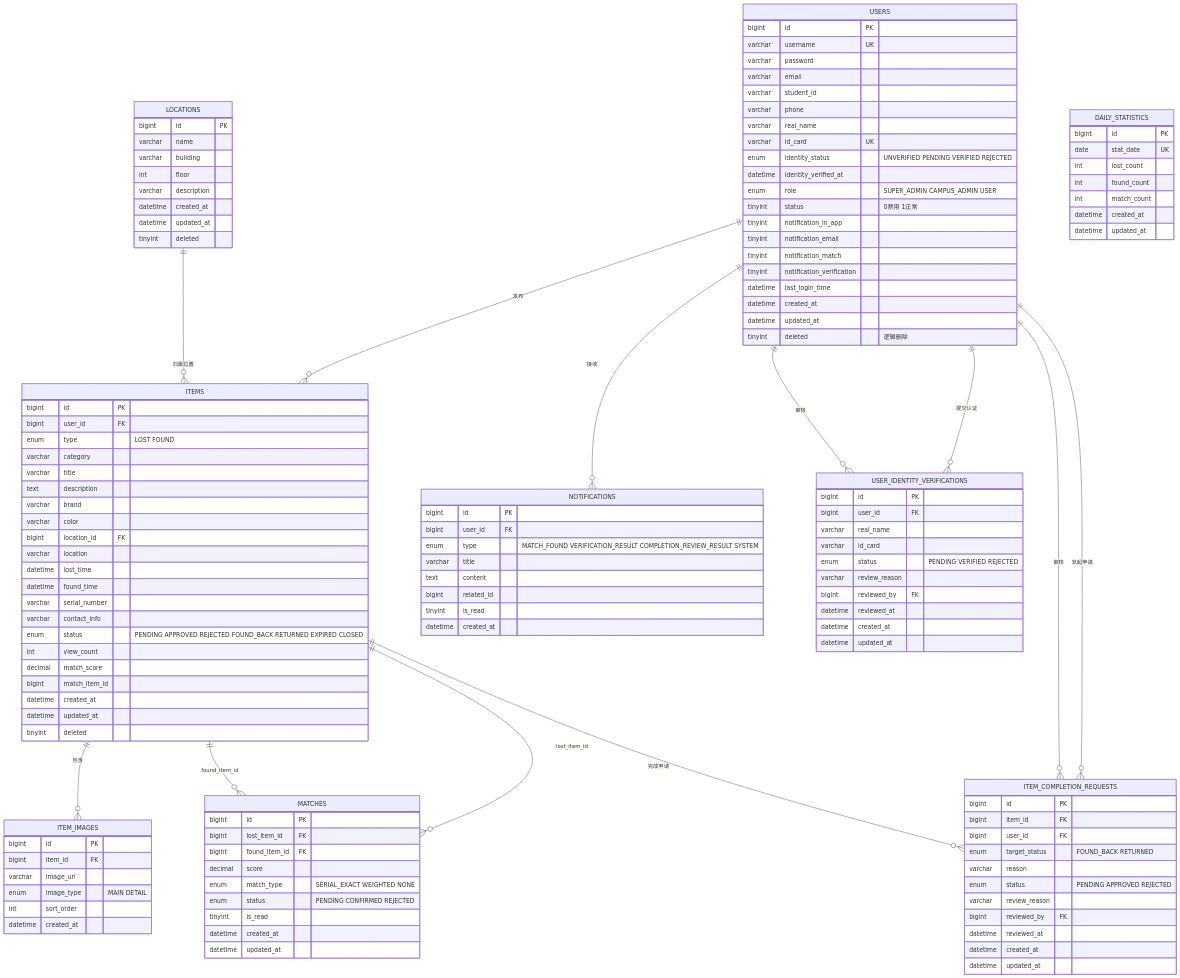
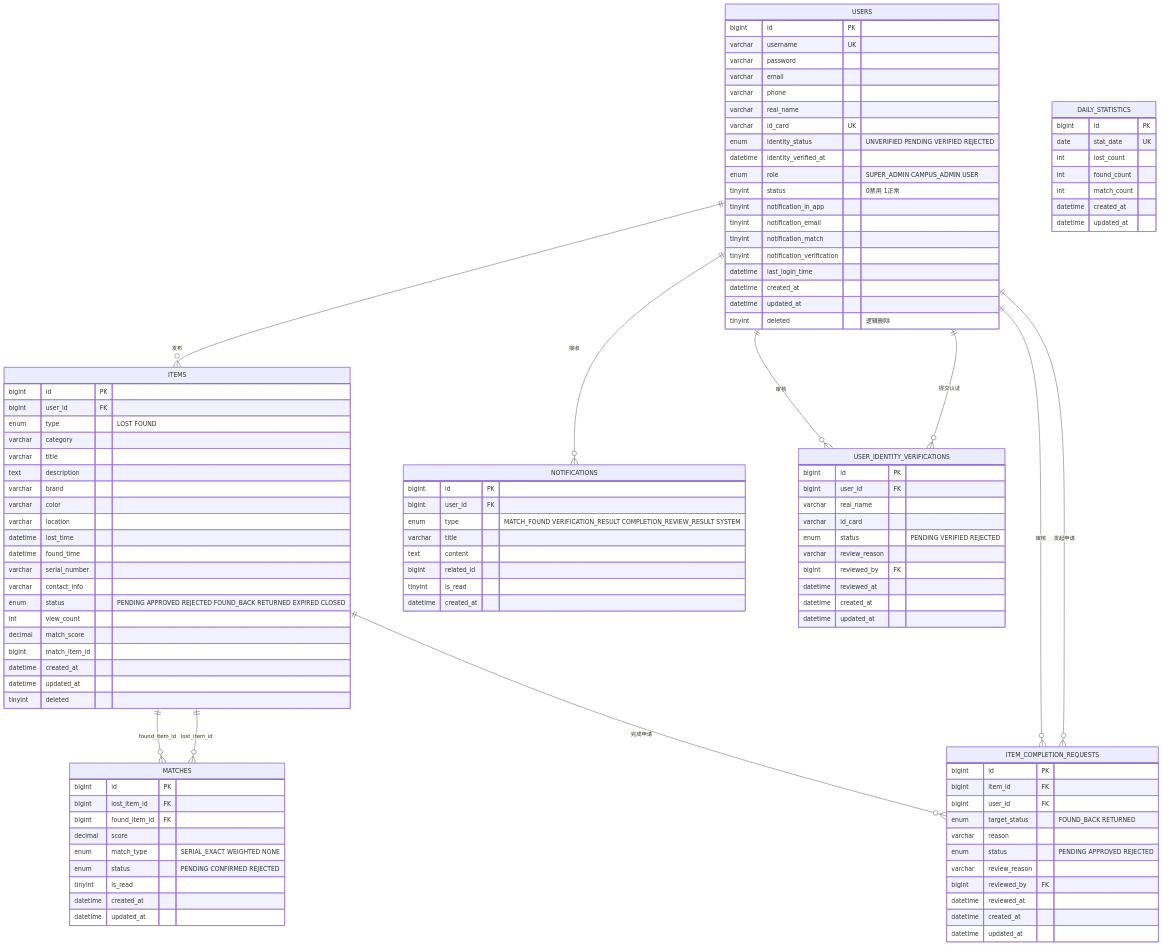
Diagram 19 of 30 in docs/项目图表.md (zwj-3193655211/campus-LostandFound), drawn with Mermaid before and after one commit. The commit also changed other lines of this file, not shown here.

Commit message:
docs: 修复项目图表与实际代码的差异

```diff
--- a/docs/项目图表.md
+++ b/docs/项目图表.md
@@ -925,8 +906,6 @@
     USERS ||--o{ ITEM_COMPLETION_REQUESTS : "发起申请"
     USERS ||--o{ USER_IDENTITY_VERIFICATIONS : "审核"
     USERS ||--o{ ITEM_COMPLETION_REQUESTS : "审核"
-    LOCATIONS ||--o{ ITEMS : "归属位置"
-    ITEMS ||--o{ ITEM_IMAGES : "包含"
     ITEMS ||--o{ MATCHES : "lost_item_id"
     ITEMS ||--o{ MATCHES : "found_item_id"
     ITEMS ||--o{ ITEM_COMPLETION_REQUESTS : "完成申请"
@@ -936,7 +915,6 @@
         varchar username UK
         varchar password
         varchar email
-        varchar student_id
         varchar phone
         varchar real_name
         varchar id_card UK
@@ -967,17 +945,6 @@
         datetime updated_at
     }
 
-    LOCATIONS {
-        bigint id PK
-        varchar name
-        varchar building
-        int floor
-        varchar description
-        datetime created_at
-        datetime updated_at
-        tinyint deleted
-    }
-
     ITEMS {
         bigint id PK
         bigint user_id FK
@@ -987,7 +954,6 @@
         text description
         varchar brand
         varchar color
-        bigint location_id FK
         varchar location
         datetime lost_time
         datetime found_time
@@ -1000,15 +966,6 @@
         datetime created_at
         datetime updated_at
         tinyint deleted
-    }
-
-    ITEM_IMAGES {
-        bigint id PK
-        bigint item_id FK
-        varchar image_url
-        enum image_type "MAIN DETAIL"
-        int sort_order
-        datetime created_at
     }
 
     MATCHES {
```
